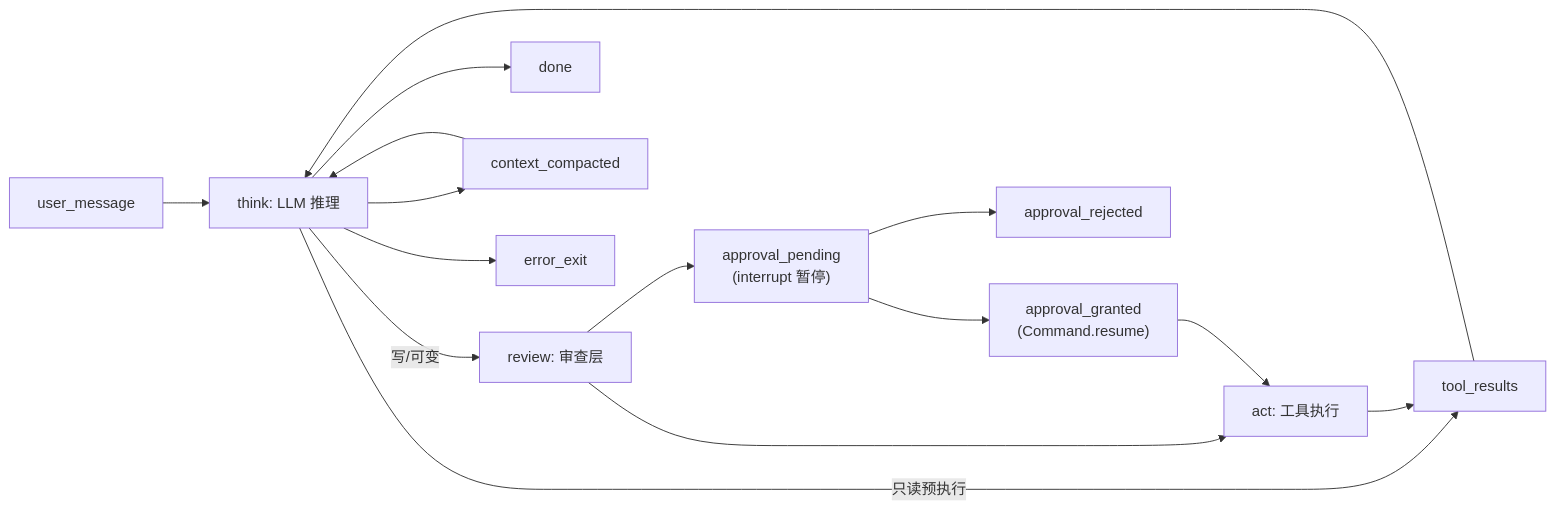
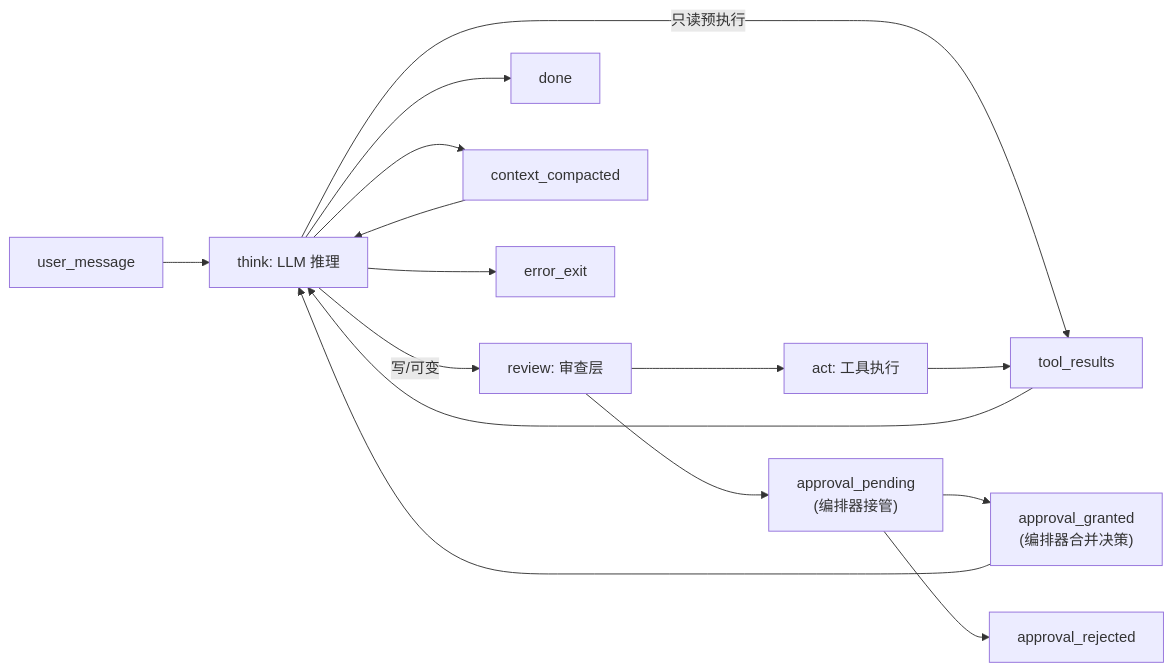
Before and after one commit to nazzeDe/alascup-agent: the fifth of 14 diagrams in web-server/graph.md, drawn with Mermaid. The commit also changed other lines of this file and 35 other files, not shown here.

````diff
--- a/web-server/graph.md
+++ b/web-server/graph.md
@@ -304,17 +305,17 @@
 ```mermaid
 graph LR
     node_user["user_message"] --> node_think["think: LLM 推理"]
     node_think -- "只读预执行" --> node_tools["tool_results"]
     node_think -- "写/可变" --> node_review["review: 审查层"]
-    node_review --> node_approval["approval_pending<br/>(interrupt 暂停)"]
+    node_review --> node_approval["approval_pending<br/>(编排器接管)"]
     node_review --> node_act["act: 工具执行"]
-    node_approval --> node_granted["approval_granted<br/>(Command.resume)"]
+    node_approval --> node_granted["approval_granted<br/>(编排器合并决策)"]
     node_approval --> node_rejected["approval_rejected"]
-    node_granted --> node_act
+    node_granted --> node_think
     node_act --> node_tools
     node_tools --> node_think
     node_think --> node_done["done"]
     node_think --> context_compacted["context_compacted"]
     context_compacted --> node_think
     node_think --> error_exit["error_exit"]
 ```
````
